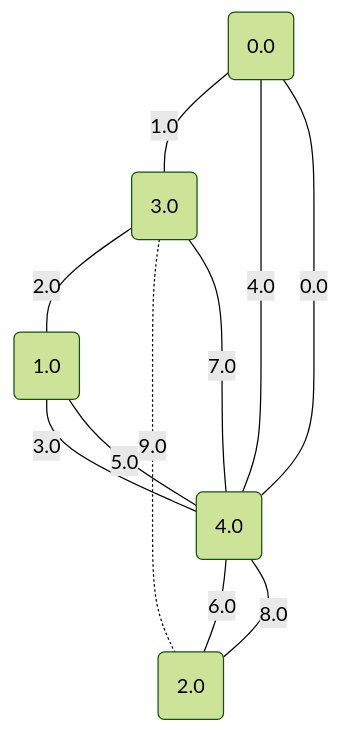
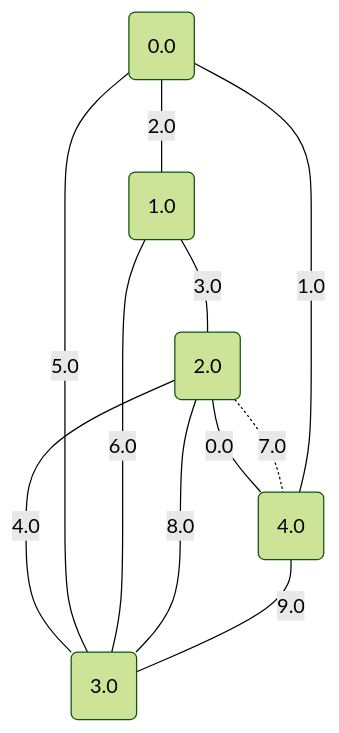
One commit to metury/graphs changed diagram 12 of 17 in project/src/testing/minCutPetersen.md. Above: the diagram before and after it, drawn with Mermaid (forest theme). The commit also changed other lines of this file and 2 other files, not shown here.

````diff
--- a/project/src/testing/minCutPetersen.md
+++ b/project/src/testing/minCutPetersen.md
@@ -314,18 +314,18 @@
 ```mermaid
 graph TD;
 0("0.0");
 1("1.0");
 2("2.0");
 3("3.0");
 4("4.0");
-	4 -- "0.0" --- 0;
-	0 -- "1.0" --- 3;
-	3 -- "2.0" --- 1;
-	1 -- "3.0" --- 4;
-	0 -- "4.0" --- 4;
-	1 -- "5.0" --- 4;
-	4 -- "6.0" --- 2;
-	4 -- "7.0" --- 3;
-	4 -- "8.0" --- 2;
-	3 -. "9.0" -.- 2;
+	2 -- "0.0" --- 4;
+	4 -- "1.0" --- 0;
+	0 -- "2.0" --- 1;
+	1 -- "3.0" --- 2;
+	2 -- "4.0" --- 3;
+	0 -- "5.0" --- 3;
+	1 -- "6.0" --- 3;
+	2 -. "7.0" -.- 4;
+	2 -- "8.0" --- 3;
+	4 -- "9.0" --- 3;
 ```
````
